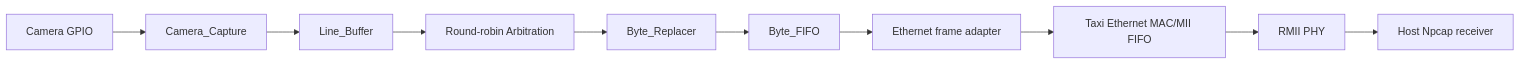
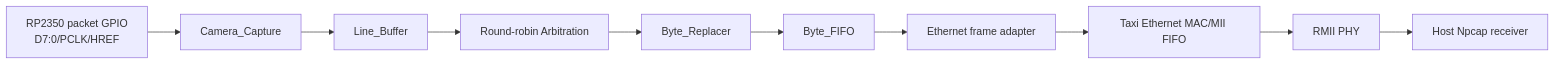
Before and after one commit to YuweiZhang-002/FPGA-Based-Camera-Buffer: the first of 5 diagrams in README.md, drawn with Mermaid. The commit also changed other lines of this file and 66 other files, not shown here.

````diff
--- a/README.md
+++ b/README.md
@@ -11,12 +24,12 @@
 ```mermaid
 flowchart LR
-    GPIO[Camera GPIO] --> CC[Camera_Capture]
+    GPIO[RP2350 packet GPIO<br/>D7:0/PCLK/HREF] --> CC[Camera_Capture]
     CC --> LB[Line_Buffer]
     LB --> ARB[Round-robin Arbitration]
     ARB --> BR[Byte_Replacer]
     BR --> BF[Byte_FIFO]
     BF --> EFA[Ethernet frame adapter]
     EFA --> MAC[Taxi Ethernet MAC/MII FIFO]
     MAC --> RMII[RMII PHY]
     RMII --> HOST[Host Npcap receiver]
 ```
````
